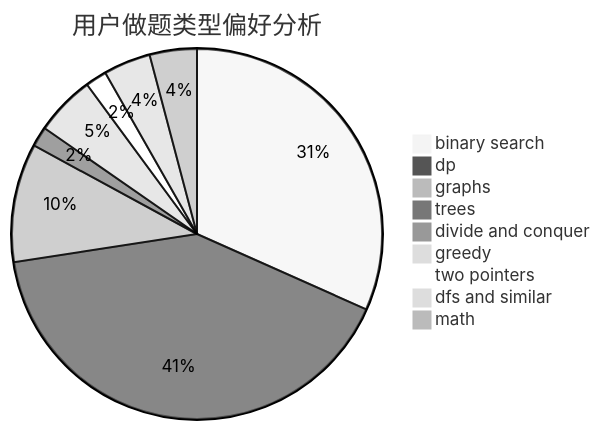
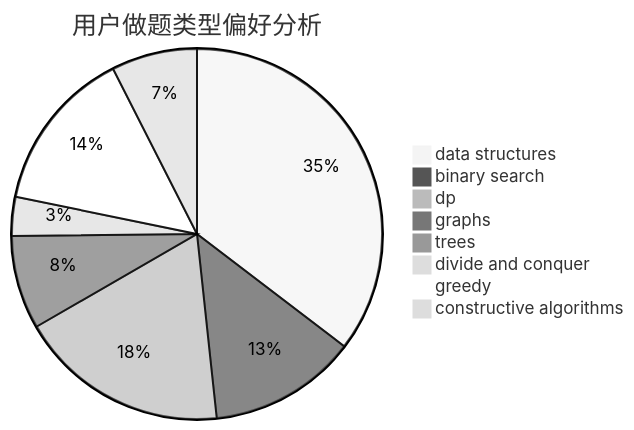
Before and after one commit to sherpahu/cfrs.github.io: the second of 3 diagrams in docs/user/u2118.md, drawn with Mermaid (neutral theme). The commit also changed other lines of this file and 2775 other files, not shown here.

````diff
--- a/docs/user/u2118.md
+++ b/docs/user/u2118.md
@@ -23,12 +23,11 @@
 ```mermaid
 pie title 用户做题类型偏好分析
-    "binary search" :  254
-    "dp" :  328
-    "graphs" :  83
-    "trees" :  14
+    "data structures" :  52
+    "binary search" :  19
+    "dp" :  27
+    "graphs" :  12
+    "trees" :  0
     "divide and conquer" :  5
-    "greedy" :  42
-    "two pointers" :  15
-    "dfs and similar" :  33
-    "math" :  33
+    "greedy" :  21
+    "constructive algorithms" :  11
 ```
````
